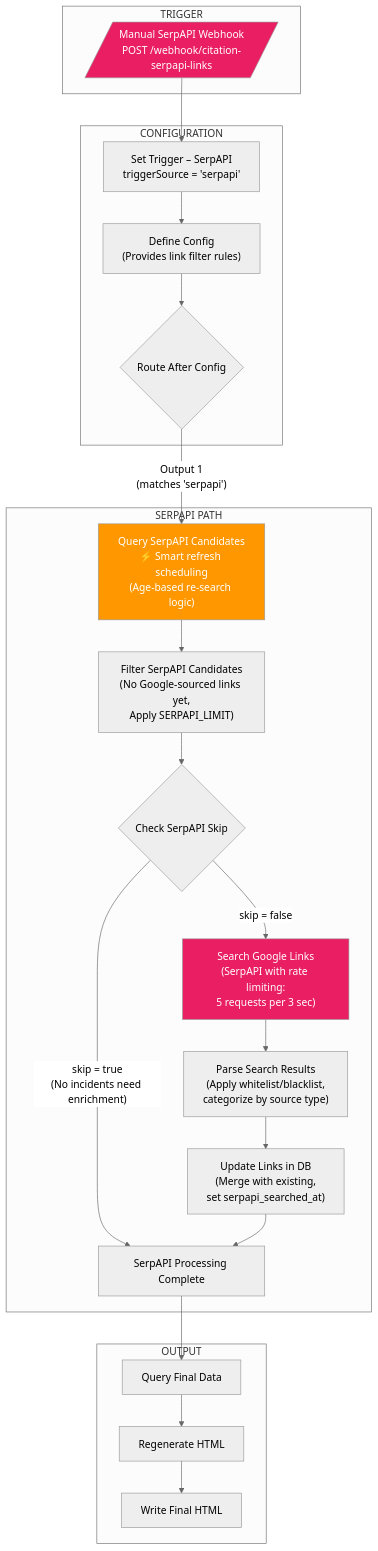
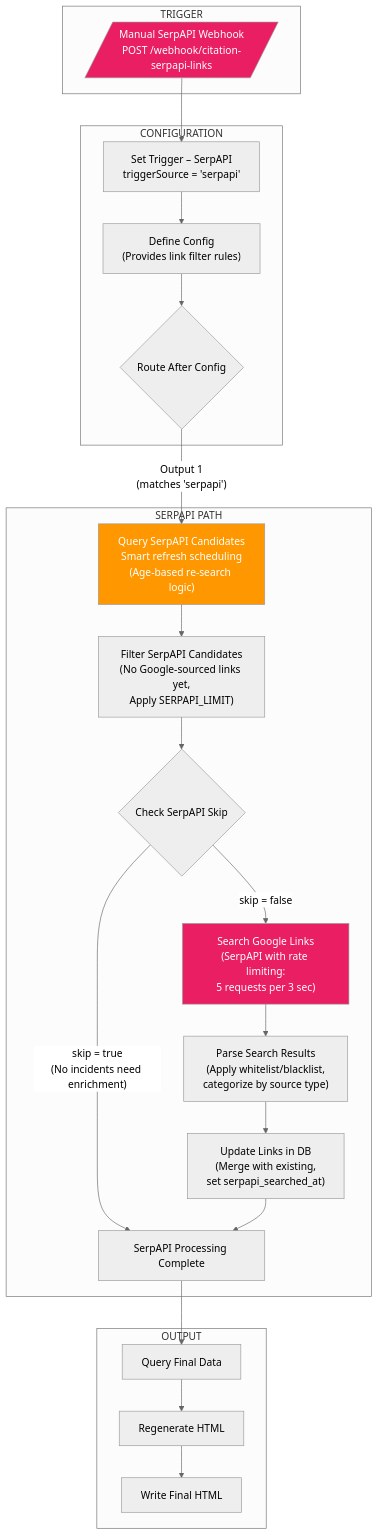
One commit to rjsears/aircraft_accident_tracker changed the seventh of 13 diagrams in README.md. Above: the diagram before and after it, drawn with Mermaid (neutral theme). The commit also changed other lines of this file, not shown here.

````diff
--- a/README.md
+++ b/README.md
@@ -546,51 +546,51 @@
 ```mermaid
 flowchart TB
     subgraph TRIGGER["TRIGGER"]
         T4[/"Manual SerpAPI Webhook<br/>POST /webhook/citation-serpapi-links"/]
     end
 
     subgraph CONFIG["CONFIGURATION"]
         ST["Set Trigger – SerpAPI<br/>triggerSource = 'serpapi'"]
         DC["Define Config<br/>(Provides link filter rules)"]
         RAC{"Route After Config"}
     end
 
     subgraph SERPAPI["SERPAPI PATH"]
-        QSC["Query SerpAPI Candidates<br/>⚡ Smart refresh scheduling<br/>(Age-based re-search logic)"]
+        QSC["Query SerpAPI Candidates<br/>Smart refresh scheduling<br/>(Age-based re-search logic)"]
         FSC["Filter SerpAPI Candidates<br/>(No Google-sourced links yet,<br/>Apply SERPAPI_LIMIT)"]
         CSS{"Check SerpAPI Skip"}
         SPC["SerpAPI Processing Complete"]
         SGL["Search Google Links<br/>(SerpAPI with rate limiting:<br/>5 requests per 3 sec)"]
         PSR["Parse Search Results<br/>(Apply whitelist/blacklist,<br/>categorize by source type)"]
         ULD["Update Links in DB<br/>(Merge with existing,<br/>set serpapi_searched_at)"]
     end
 
     subgraph OUTPUT["OUTPUT"]
         QFD["Query Final Data"]
         RH["Regenerate HTML"]
         WFH["Write Final HTML"]
     end
 
     T4 --> ST
     ST --> DC
     DC --> RAC
     RAC -->|"Output 1<br/>(matches 'serpapi')"| QSC
     
     QSC --> FSC
     FSC --> CSS
     
     CSS -->|"skip = true<br/>(No incidents need enrichment)"| SPC
     CSS -->|"skip = false"| SGL
     
     SGL --> PSR
     PSR --> ULD
     ULD --> SPC
     
     SPC --> QFD
     QFD --> RH
     RH --> WFH
 
     style T4 fill:#E91E63,color:#fff
     style QSC fill:#FF9800,color:#fff
     style SGL fill:#E91E63,color:#fff
 ```
````
